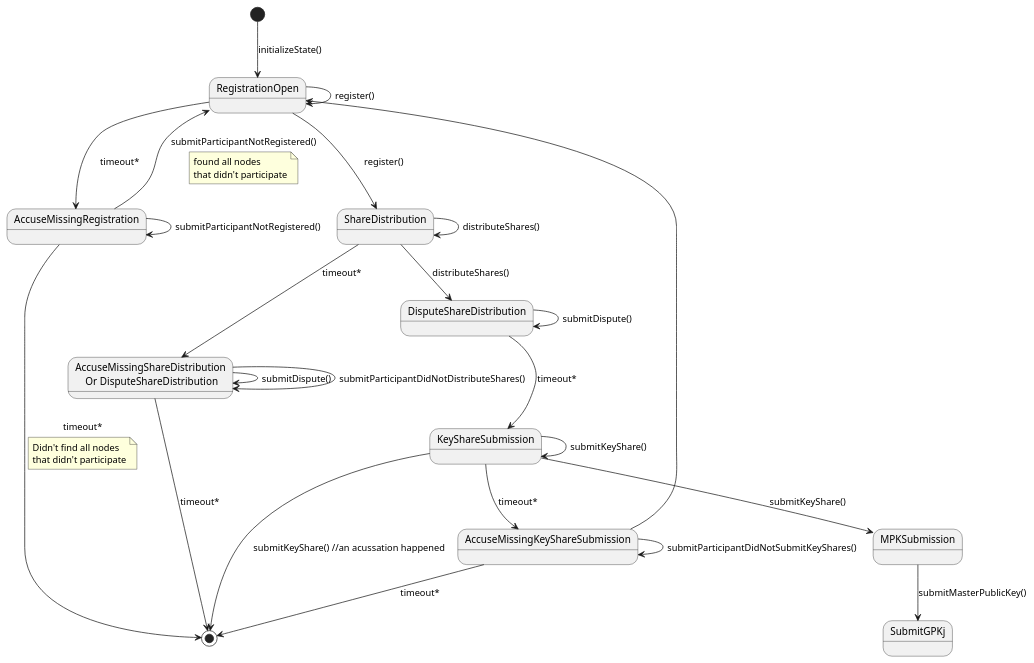
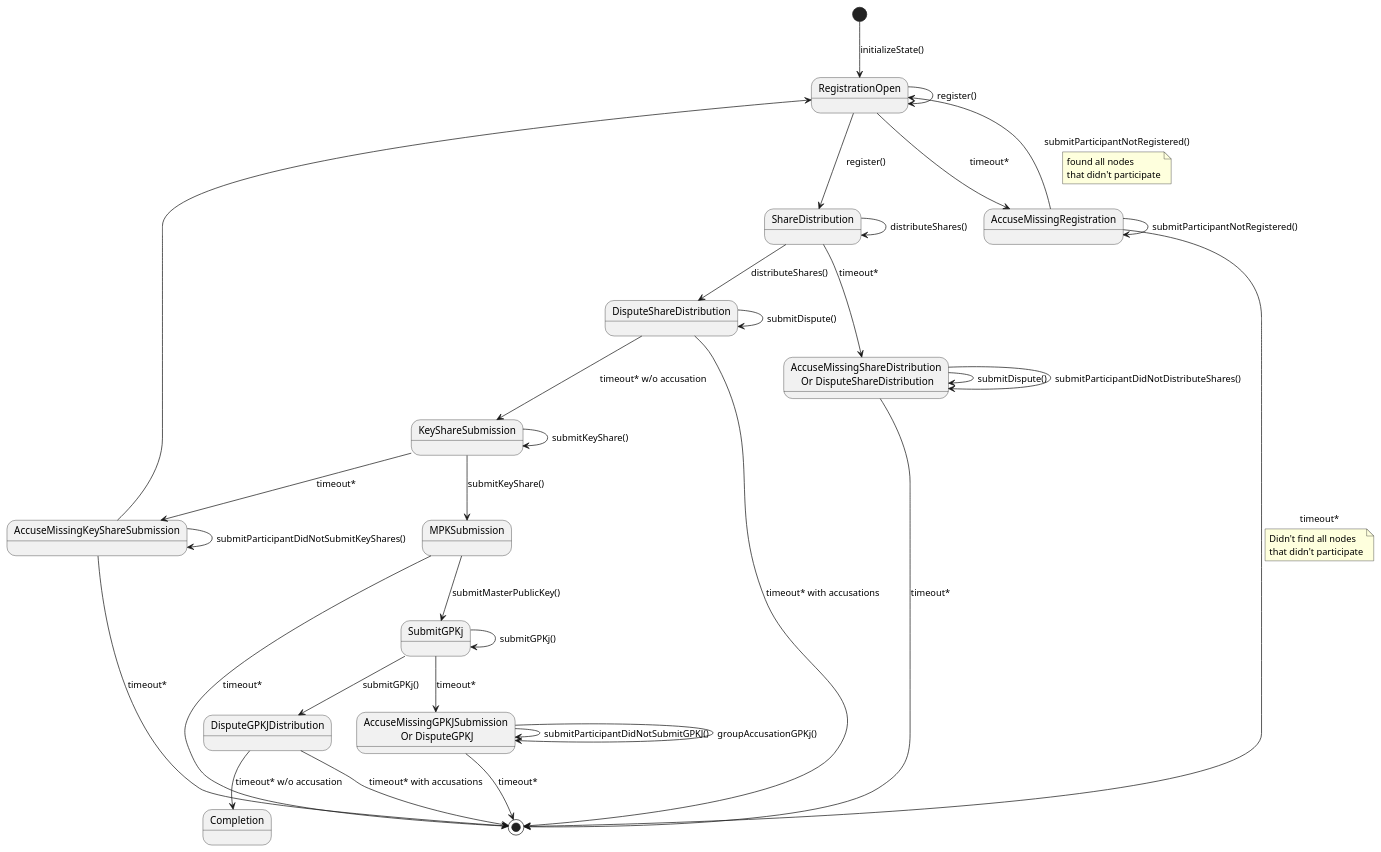
Before and after one commit to MadBase/bridge: the diagram in docs/ethdkg_state_machine.puml, drawn with PlantUML. The commit also changed 2 other files, not shown here.

```diff
--- a/docs/ethdkg_state_machine.puml
+++ b/docs/ethdkg_state_machine.puml
@@ -1,38 +1,59 @@
 @startuml
 
-
 [*]     --> RegistrationOpen : initializeState()
+state end1 <<end>>
+skinparam state {
+    EndColor Red
+}
 RegistrationOpen --> RegistrationOpen: register()
 RegistrationOpen --> ShareDistribution: register()
 RegistrationOpen --> AccuseMissingRegistration: timeout*
 
 AccuseMissingRegistration --> RegistrationOpen:submitParticipantNotRegistered()
 note on link : found all nodes\nthat didn't participate
 AccuseMissingRegistration --> AccuseMissingRegistration: submitParticipantNotRegistered()
-AccuseMissingRegistration --> [*]: timeout*
+AccuseMissingRegistration --> end1: timeout*
 note on link : Didn't find all nodes\nthat didn't participate
 
 ShareDistribution --> ShareDistribution: distributeShares()
 ShareDistribution --> DisputeShareDistribution: distributeShares()
 state "AccuseMissingShareDistribution\n Or DisputeShareDistribution"  as AccuseShareWindow
 
 ShareDistribution -->  AccuseShareWindow: timeout*
 
 AccuseShareWindow -->  AccuseShareWindow: submitDispute()
-AccuseShareWindow -->[*]: timeout*
+AccuseShareWindow -->end1: timeout*
 AccuseShareWindow -->  AccuseShareWindow: submitParticipantDidNotDistributeShares()
 
 DisputeShareDistribution --> DisputeShareDistribution: submitDispute()
-DisputeShareDistribution --> KeyShareSubmission:  timeout*
-KeyShareSubmission --> [*]:submitKeyShare() //an acussation happened
+DisputeShareDistribution --> KeyShareSubmission:  timeout* w/o accusation
+DisputeShareDistribution --> end1: timeout* with accusations
 KeyShareSubmission --> KeyShareSubmission: submitKeyShare()
 KeyShareSubmission --> MPKSubmission: submitKeyShare()
 
 KeyShareSubmission --> AccuseMissingKeyShareSubmission: timeout*
 AccuseMissingKeyShareSubmission --> AccuseMissingKeyShareSubmission: submitParticipantDidNotSubmitKeyShares()
 AccuseMissingKeyShareSubmission -->RegistrationOpen
-AccuseMissingKeyShareSubmission --> [*]: timeout*
+AccuseMissingKeyShareSubmission --> end1: timeout*
 
 MPKSubmission --> SubmitGPKj: submitMasterPublicKey()
 
+MPKSubmission --> end1: timeout*
+
+SubmitGPKj --> SubmitGPKj: submitGPKj()
+
+
+state "AccuseMissingGPKJSubmission\n Or DisputeGPKJ"  as AccuseGPKJWindow
+SubmitGPKj --> AccuseGPKJWindow: timeout*
+AccuseGPKJWindow --> AccuseGPKJWindow: submitParticipantDidNotSubmitGPKJ()
+AccuseGPKJWindow --> AccuseGPKJWindow: groupAccusationGPKj()
+AccuseGPKJWindow --> end1: timeout*
+
+SubmitGPKj --> DisputeGPKJDistribution: submitGPKj()
+
+DisputeGPKJDistribution --> Completion: timeout* w/o accusation
+DisputeGPKJDistribution --> end1: timeout* with accusations
+
+
+
 @enduml
```
